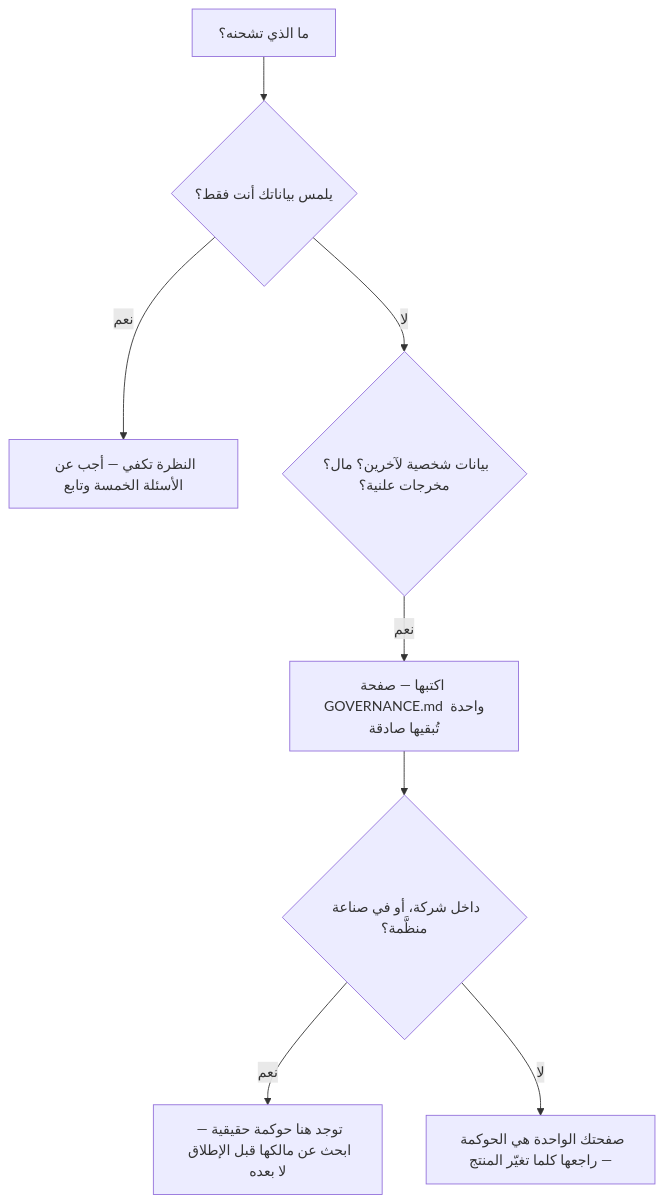
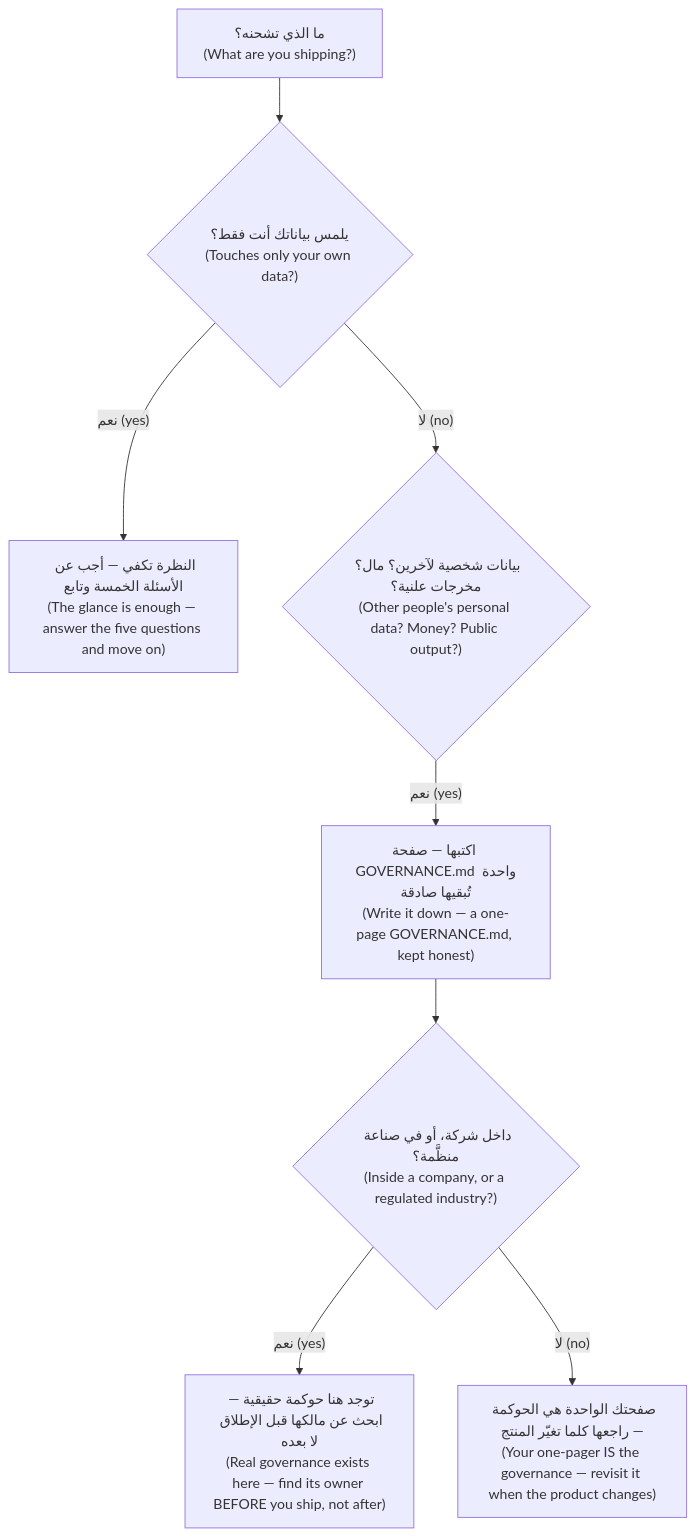
One commit to Tamoura/system-design-for-vibe-coders changed the eighth of 8 diagrams in modules/09-directing-ai-team/module.ar.md. Above: the diagram before and after it, drawn with Mermaid. The commit also changed other lines of this file and 62 other files, not shown here.

First line of the commit message:
Arabic editions: English on every diagram label, RTL fixes, rebuild

````diff
--- a/modules/09-directing-ai-team/module.ar.md
+++ b/modules/09-directing-ai-team/module.ar.md
@@ -736,10 +736,10 @@
 ```mermaid
 flowchart TD
-    A["ما الذي تشحنه؟"] --> B{"يلمس بياناتك أنت فقط؟"}
-    B -- نعم --> G["النظرة تكفي — أجب عن الأسئلة الخمسة وتابع"]
-    B -- لا --> C{"بيانات شخصية لآخرين؟ مال؟ مخرجات علنية؟"}
-    C -- نعم --> D["اكتبها — صفحة GOVERNANCE.md واحدة تُبقيها صادقة"]
-    D --> E{"داخل شركة، أو في صناعة منظَّمة؟"}
-    E -- نعم --> F["توجد هنا حوكمة حقيقية — ابحث عن مالكها قبل الإطلاق لا بعده"]
-    E -- لا --> D2["صفحتك الواحدة هي الحوكمة — راجعها كلما تغيّر المنتج"]
+    A["ما الذي تشحنه؟<br/>(What are you shipping?)"] --> B{"يلمس بياناتك أنت فقط؟<br/>(Touches only your own data?)"}
+    B -- "نعم (yes)" --> G["النظرة تكفي — أجب عن الأسئلة الخمسة وتابع<br/>(The glance is enough — answer the five questions and move on)"]
+    B -- "لا (no)" --> C{"بيانات شخصية لآخرين؟ مال؟ مخرجات علنية؟<br/>(Other people's personal data? Money? Public output?)"}
+    C -- "نعم (yes)" --> D["اكتبها — صفحة GOVERNANCE.md واحدة تُبقيها صادقة<br/>(Write it down — a one-page GOVERNANCE.md, kept honest)"]
+    D --> E{"داخل شركة، أو في صناعة منظَّمة؟<br/>(Inside a company, or a regulated industry?)"}
+    E -- "نعم (yes)" --> F["توجد هنا حوكمة حقيقية — ابحث عن مالكها قبل الإطلاق لا بعده<br/>(Real governance exists here — find its owner BEFORE you ship, not after)"]
+    E -- "لا (no)" --> D2["صفحتك الواحدة هي الحوكمة — راجعها كلما تغيّر المنتج<br/>(Your one-pager IS the governance — revisit it when the product changes)"]
 ```
````
